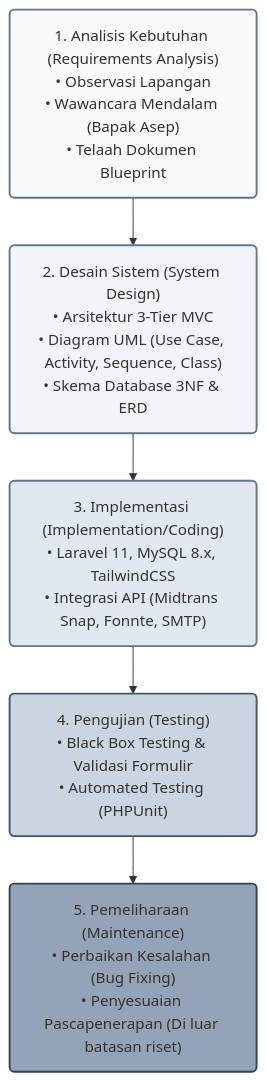
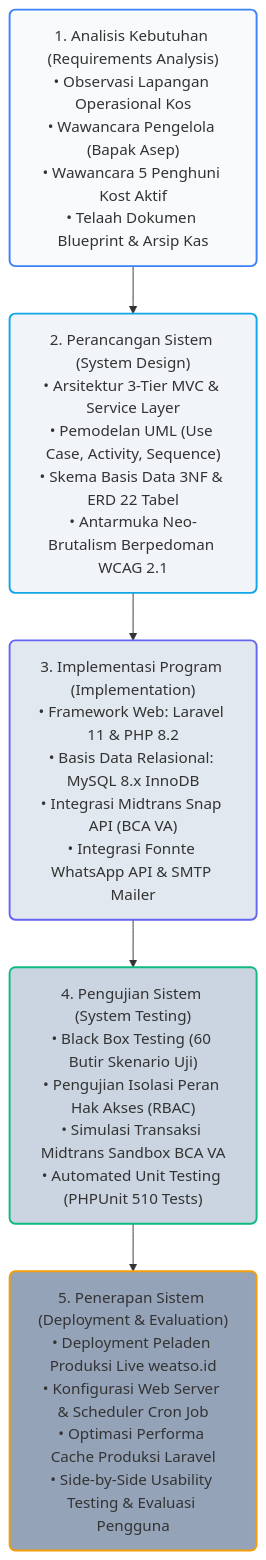
One commit to rafifarsyapradiva/asri-boarding-house changed the first of 2 diagrams in Skripsi/Skripsi_Rafif_Arsya_Pradiva_22.N4.0014.md. Above: the diagram before and after it, drawn with Mermaid. The commit also changed other lines of this file, not shown here.

````diff
--- a/Skripsi/Skripsi_Rafif_Arsya_Pradiva_22.N4.0014.md
+++ b/Skripsi/Skripsi_Rafif_Arsya_Pradiva_22.N4.0014.md
@@ -359,13 +412,13 @@
 ```mermaid
 graph TD
-    A["1. Analisis Kebutuhan (Requirements Analysis)<br/>• Observasi Lapangan<br/>• Wawancara Mendalam (Bapak Asep)<br/>• Telaah Dokumen Blueprint"] --> B["2. Desain Sistem (System Design)<br/>• Arsitektur 3-Tier MVC<br/>• Diagram UML (Use Case, Activity, Sequence, Class)<br/>• Skema Database 3NF & ERD"]
-    B --> C["3. Implementasi (Implementation/Coding)<br/>• Laravel 11, MySQL 8.x, TailwindCSS<br/>• Integrasi API (Midtrans Snap, Fonnte, SMTP)"]
-    C --> D["4. Pengujian (Testing)<br/>• Black Box Testing & Validasi Formulir<br/>• Automated Testing (PHPUnit)"]
-    D --> E["5. Pemeliharaan (Maintenance)<br/>• Perbaikan Kesalahan (Bug Fixing)<br/>• Penyesuaian Pascapenerapan (Di luar batasan riset)"]
+    A["1. Analisis Kebutuhan (Requirements Analysis)<br/>• Observasi Lapangan Operasional Kos<br/>• Wawancara Pengelola (Bapak Asep)<br/>• Wawancara 5 Penghuni Kost Aktif<br/>• Telaah Dokumen Blueprint & Arsip Kas"] --> B["2. Perancangan Sistem (System Design)<br/>• Arsitektur 3-Tier MVC & Service Layer<br/>• Pemodelan UML (Use Case, Activity, Sequence)<br/>• Skema Basis Data 3NF & ERD 22 Tabel<br/>• Antarmuka Neo-Brutalism Berpedoman WCAG 2.1"]
+    B --> C["3. Implementasi Program (Implementation)<br/>• Framework Web: Laravel 11 & PHP 8.2<br/>• Basis Data Relasional: MySQL 8.x InnoDB<br/>• Integrasi Midtrans Snap API (BCA VA)<br/>• Integrasi Fonnte WhatsApp API & SMTP Mailer"]
+    C --> D["4. Pengujian Sistem (System Testing)<br/>• Black Box Testing (60 Butir Skenario Uji)<br/>• Pengujian Isolasi Peran Hak Akses (RBAC)<br/>• Simulasi Transaksi Midtrans Sandbox BCA VA<br/>• Automated Unit Testing (PHPUnit 510 Tests)"]
+    D --> E["5. Penerapan Sistem (Deployment & Evaluation)<br/>• Deployment Peladen Produksi Live weatso.id<br/>• Konfigurasi Web Server & Scheduler Cron Job<br/>• Optimasi Performa Cache Produksi Laravel<br/>• Side-by-Side Usability Testing & Evaluasi Pengguna"]
 
-    style A fill:#F8FAFC,stroke:#64748B,stroke-width:2px,rx:5px,ry:5px
-    style B fill:#F1F5F9,stroke:#64748B,stroke-width:2px,rx:5px,ry:5px
-    style C fill:#E2E8F0,stroke:#64748B,stroke-width:2px,rx:5px,ry:5px
-    style D fill:#CBD5E1,stroke:#475569,stroke-width:2px,rx:5px,ry:5px
-    style E fill:#94A3B8,stroke:#334155,stroke-width:2px,rx:5px,ry:5px
+    style A fill:#F8FAFC,stroke:#3B82F6,stroke-width:2px,rx:6px,ry:6px
+    style B fill:#F1F5F9,stroke:#0EA5E9,stroke-width:2px,rx:6px,ry:6px
+    style C fill:#E2E8F0,stroke:#6366F1,stroke-width:2px,rx:6px,ry:6px
+    style D fill:#CBD5E1,stroke:#10B981,stroke-width:2px,rx:6px,ry:6px
+    style E fill:#94A3B8,stroke:#F59E0B,stroke-width:2px,rx:6px,ry:6px
 ```
````
